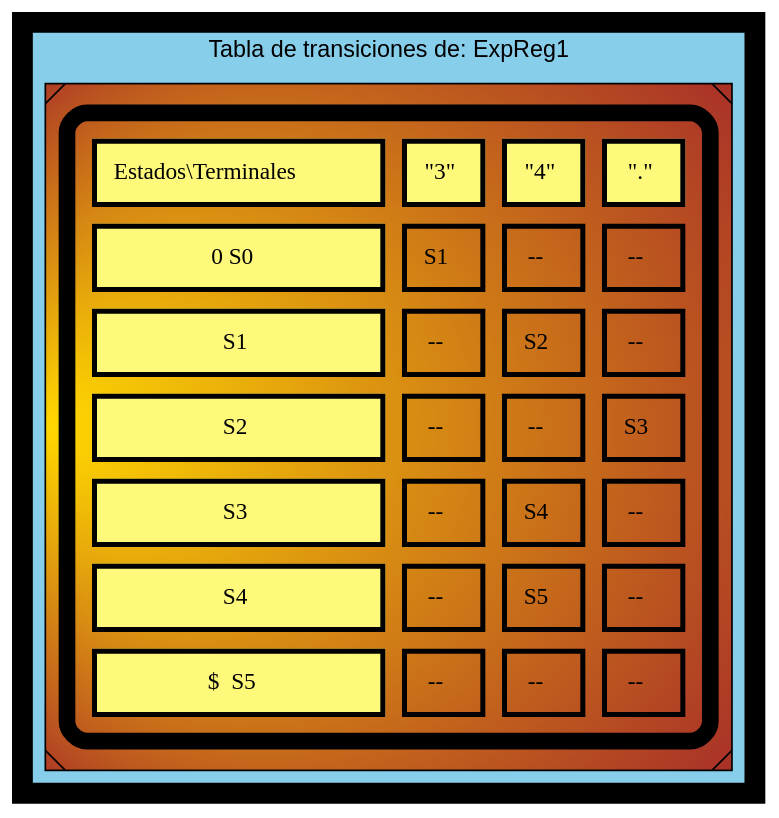
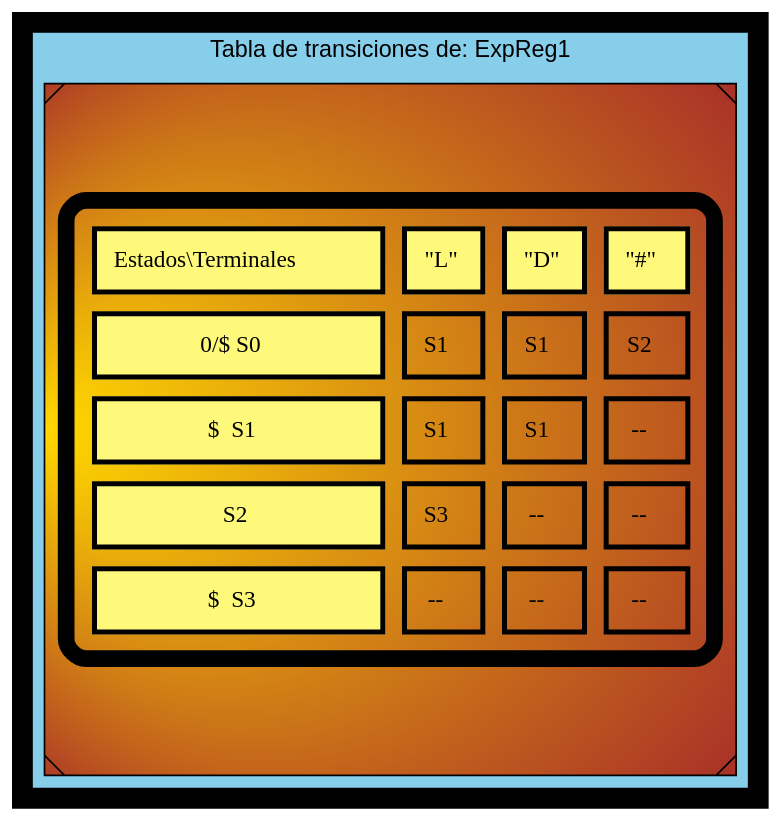
The diagram in TRANSICIONES_202000119/TransicionesExpReg1.dot (SergieArizandieta/OLC1-P1-202000119), drawn with Graphviz before and after one commit. The commit also changed 10 other files, not shown here.

```diff
--- a/TRANSICIONES_202000119/TransicionesExpReg1.dot
+++ b/TRANSICIONES_202000119/TransicionesExpReg1.dot
@@ -1,52 +1,40 @@
 digraph G { bgcolor="black"
    fontname="Helvetica,Arial,sans-serif"
   edge [fontname="Helvetica,Arial,sans-serif"]
   subgraph cluster1 {fillcolor="skyblue" style="filled"
   node [shape=Msquare fillcolor="gold:brown" style="radial" gradientangle=180]
   label = " Tabla de transiciones de: ExpReg1"
   a0 [label=<  
   <TABLE border="10" cellspacing="10" cellpadding="10" style="rounded" gradientangle="315">
   <TR>
       <TD border="3" bgcolor="#FFF97B">Estados\Terminales  </TD>
-      <TD border="3" bgcolor="#FFF97B">"3"</TD>
-      <TD border="3" bgcolor="#FFF97B">"4"</TD>
-      <TD border="3" bgcolor="#FFF97B">"."</TD>
+      <TD border="3" bgcolor="#FFF97B">"L"</TD>
+      <TD border="3" bgcolor="#FFF97B">"D"</TD>
+      <TD border="3" bgcolor="#FFF97B">"#"</TD>
   </TR>
   <TR>
-      <TD border="3" bgcolor="#FFF97B">0 S0</TD>
+      <TD border="3" bgcolor="#FFF97B">0/$ S0</TD>
       <TD border="3" > S1</TD>
+      <TD border="3" > S1</TD>
+      <TD border="3" > S2</TD>
+  </TR>
+  <TR>
+      <TD border="3" bgcolor="#FFF97B">$  S1</TD>
+      <TD border="3" > S1</TD>
+      <TD border="3" > S1</TD>
+      <TD border="3" > -- </TD>
+  </TR>
+  <TR>
+      <TD border="3" bgcolor="#FFF97B">S2</TD>
+      <TD border="3" > S3</TD>
       <TD border="3" > -- </TD>
       <TD border="3" > -- </TD>
   </TR>
   <TR>
-      <TD border="3" bgcolor="#FFF97B">S1</TD>
-      <TD border="3" > -- </TD>
-      <TD border="3" > S2</TD>
-      <TD border="3" > -- </TD>
-  </TR>
-  <TR>
-      <TD border="3" bgcolor="#FFF97B">S2</TD>
-      <TD border="3" > -- </TD>
-      <TD border="3" > -- </TD>
-      <TD border="3" > S3</TD>
-  </TR>
-  <TR>
-      <TD border="3" bgcolor="#FFF97B">S3</TD>
-      <TD border="3" > -- </TD>
-      <TD border="3" > S4</TD>
-      <TD border="3" > -- </TD>
-  </TR>
-  <TR>
-      <TD border="3" bgcolor="#FFF97B">S4</TD>
-      <TD border="3" > -- </TD>
-      <TD border="3" > S5</TD>
-      <TD border="3" > -- </TD>
-  </TR>
-  <TR>
-      <TD border="3" bgcolor="#FFF97B">$  S5</TD>
+      <TD border="3" bgcolor="#FFF97B">$  S3</TD>
       <TD border="3" > -- </TD>
       <TD border="3" > -- </TD>
       <TD border="3" > -- </TD>
   </TR>
 
 </TABLE>>];}}
```
